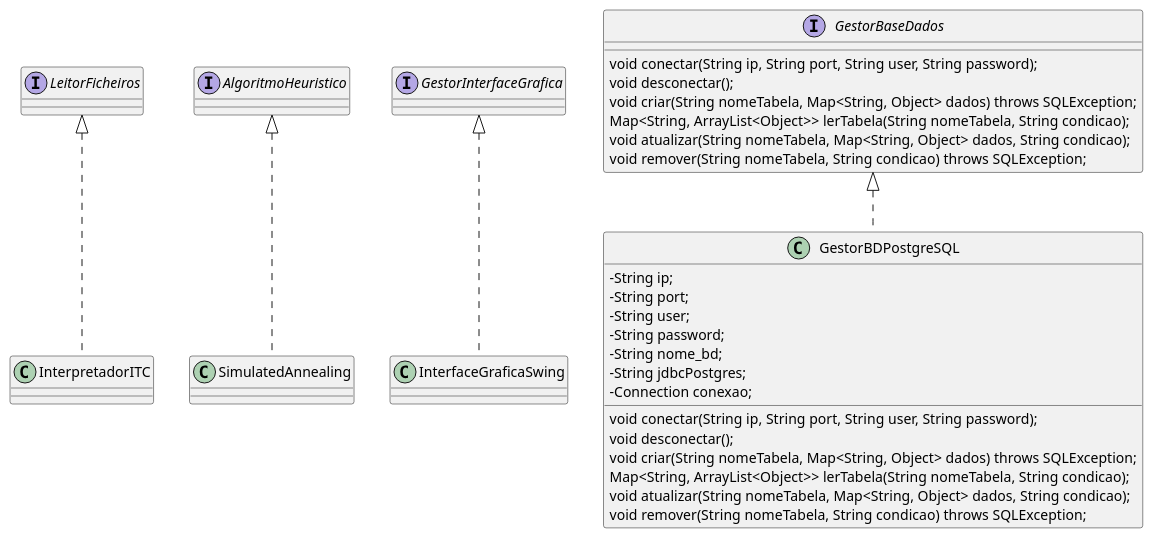
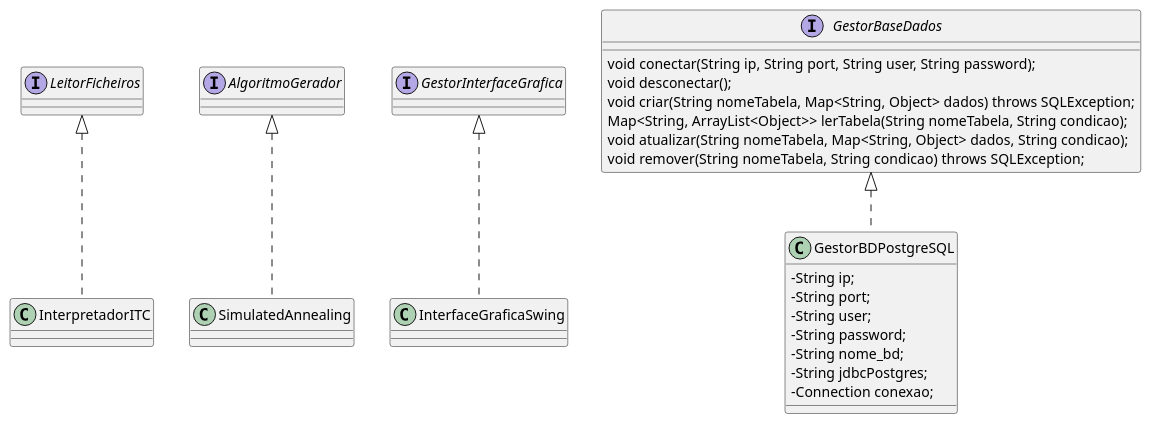
The diagram in diagramas/diagrama_UML.puml (RRamos19/Master-Thesis), drawn with PlantUML before and after one commit. The commit also changed 2 other files, not shown here.

```diff
--- a/diagramas/diagrama_UML.puml
+++ b/diagramas/diagrama_UML.puml
@@ -1,41 +1,46 @@
 @startuml
 skinparam classAttributeIconSize 0
 
-interface LeitorFicheiros
-interface AlgoritmoHeuristico
-interface GestorInterfaceGrafica
+interface LeitorFicheiros{
+
+}
+interface AlgoritmoGerador{
+
+}
+interface GestorInterfaceGrafica{
+
+}
 interface GestorBaseDados {
     void conectar(String ip, String port, String user, String password);
     void desconectar();
     void criar(String nomeTabela, Map<String, Object> dados) throws SQLException;
     Map<String, ArrayList<Object>> lerTabela(String nomeTabela, String condicao);
     void atualizar(String nomeTabela, Map<String, Object> dados, String condicao);
     void remover(String nomeTabela, String condicao) throws SQLException;
 }
 
+
 class GestorBDPostgreSQL {
     -String ip;
     -String port;
     -String user;
     -String password;
     -String nome_bd;
     -String jdbcPostgres;
     -Connection conexao;
+}
+class InterfaceGraficaSwing{
 
-    void conectar(String ip, String port, String user, String password);
-    void desconectar();
-    void criar(String nomeTabela, Map<String, Object> dados) throws SQLException;
-    Map<String, ArrayList<Object>> lerTabela(String nomeTabela, String condicao);
-    void atualizar(String nomeTabela, Map<String, Object> dados, String condicao);
-    void remover(String nomeTabela, String condicao) throws SQLException;
+}
+class InterpretadorITC{
+
+}
+class SimulatedAnnealing{
+
 }
 
-class InterfaceGraficaSwing
-class InterpretadorITC
-class SimulatedAnnealing
-
 LeitorFicheiros <|.. InterpretadorITC
-AlgoritmoHeuristico <|.. SimulatedAnnealing
+AlgoritmoGerador <|.. SimulatedAnnealing
 GestorInterfaceGrafica <|.. InterfaceGraficaSwing
 GestorBaseDados <|.. GestorBDPostgreSQL
 @enduml
```
